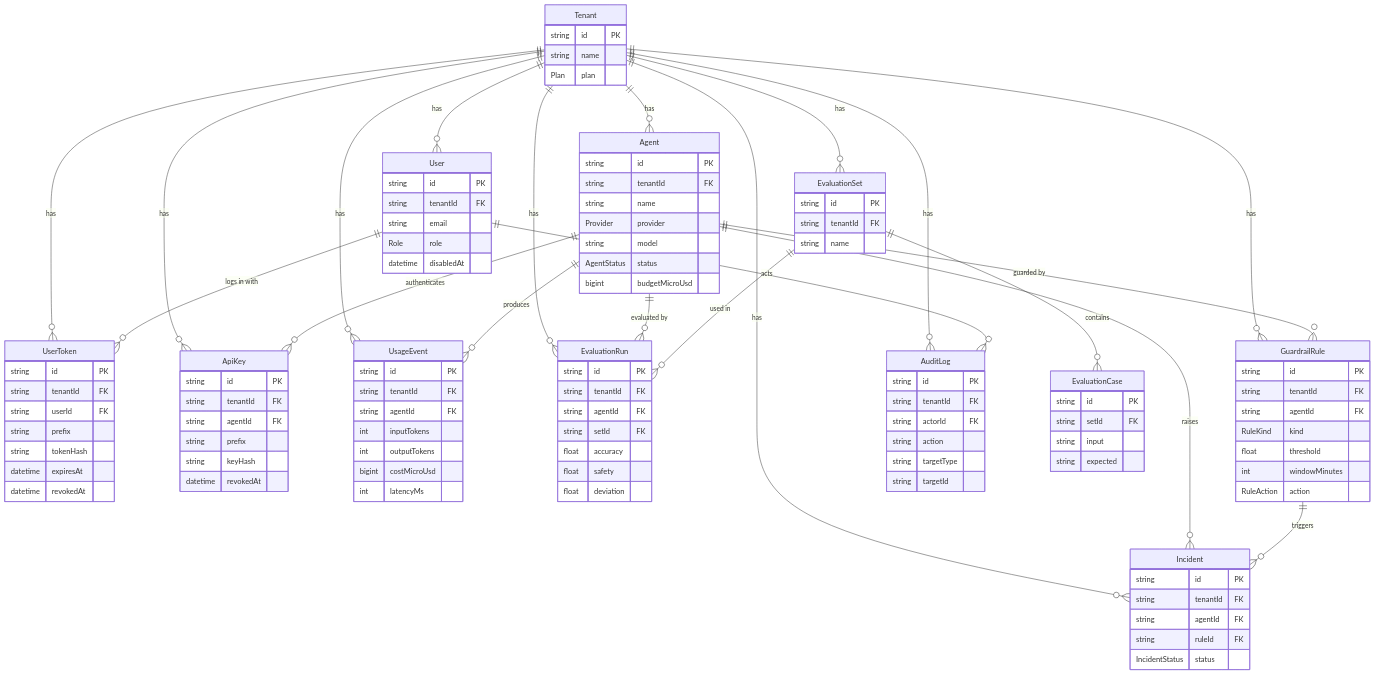
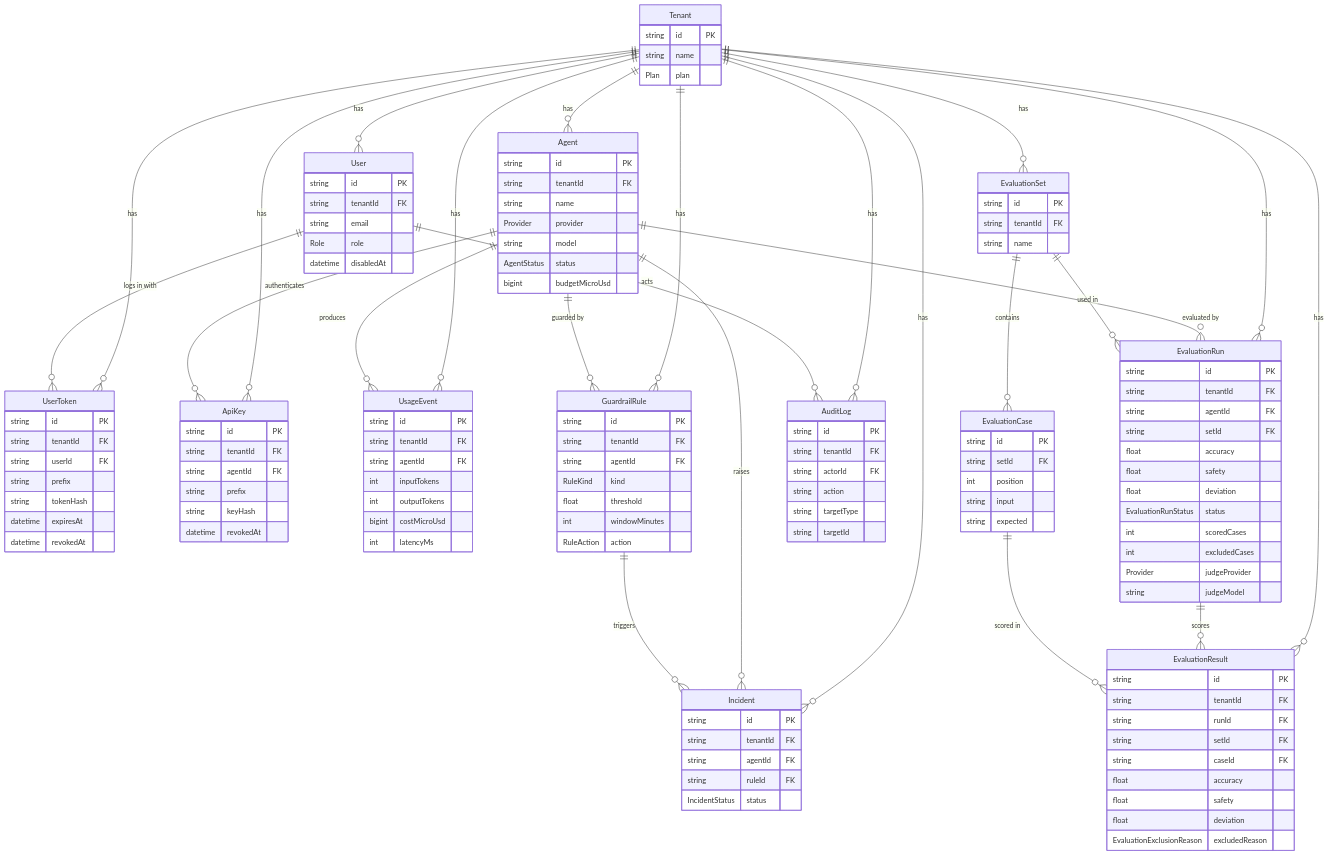
Before and after one commit to izumacha/agent-ops: the diagram in docs/spec.md, drawn with Mermaid. The commit also changed other lines of this file and 50 other files, not shown here.

First line of the commit message:
feat(evaluation): Step3 の品質評価（LLM-as-judge）を実装する (#13)

```diff
--- a/docs/spec.md
+++ b/docs/spec.md
@@ -95,6 +97,7 @@
   Tenant ||--o{ UsageEvent : has
   Tenant ||--o{ EvaluationSet : has
   Tenant ||--o{ EvaluationRun : has
+  Tenant ||--o{ EvaluationResult : has
   Tenant ||--o{ GuardrailRule : has
   Tenant ||--o{ Incident : has
   Tenant ||--o{ AuditLog : has
@@ -105,6 +108,8 @@
   Agent ||--o{ Incident : "raises"
   EvaluationSet ||--o{ EvaluationCase : contains
   EvaluationSet ||--o{ EvaluationRun : "used in"
+  EvaluationRun ||--o{ EvaluationResult : "scores"
+  EvaluationCase ||--o{ EvaluationResult : "scored in"
   GuardrailRule ||--o{ Incident : triggers
   User ||--o{ AuditLog : acts
 
@@ -163,6 +168,7 @@
   EvaluationCase {
     string id PK
     string setId FK
+    int position
     string input
     string expected
   }
@@ -174,6 +180,22 @@
     float accuracy
     float safety
     float deviation
+    EvaluationRunStatus status
+    int scoredCases
+    int excludedCases
+    Provider judgeProvider
+    string judgeModel
+  }
+  EvaluationResult {
+    string id PK
+    string tenantId FK
+    string runId FK
+    string setId FK
+    string caseId FK
+    float accuracy
+    float safety
+    float deviation
+    EvaluationExclusionReason excludedReason
   }
   GuardrailRule {
     string id PK
```
